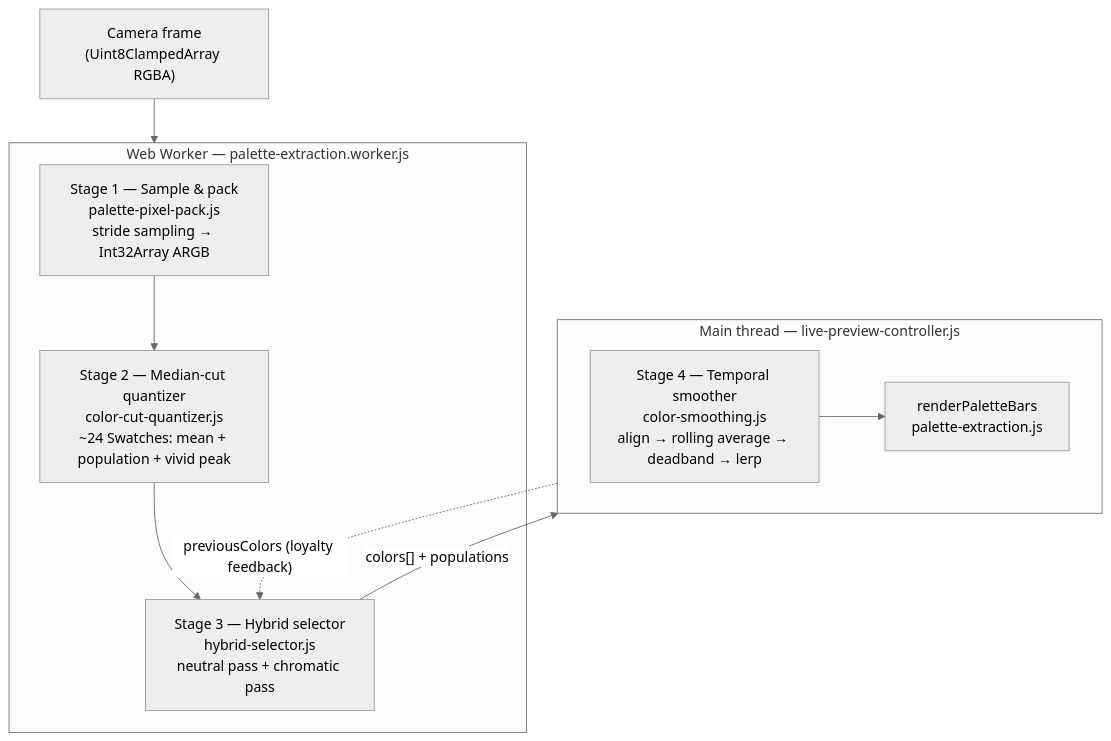
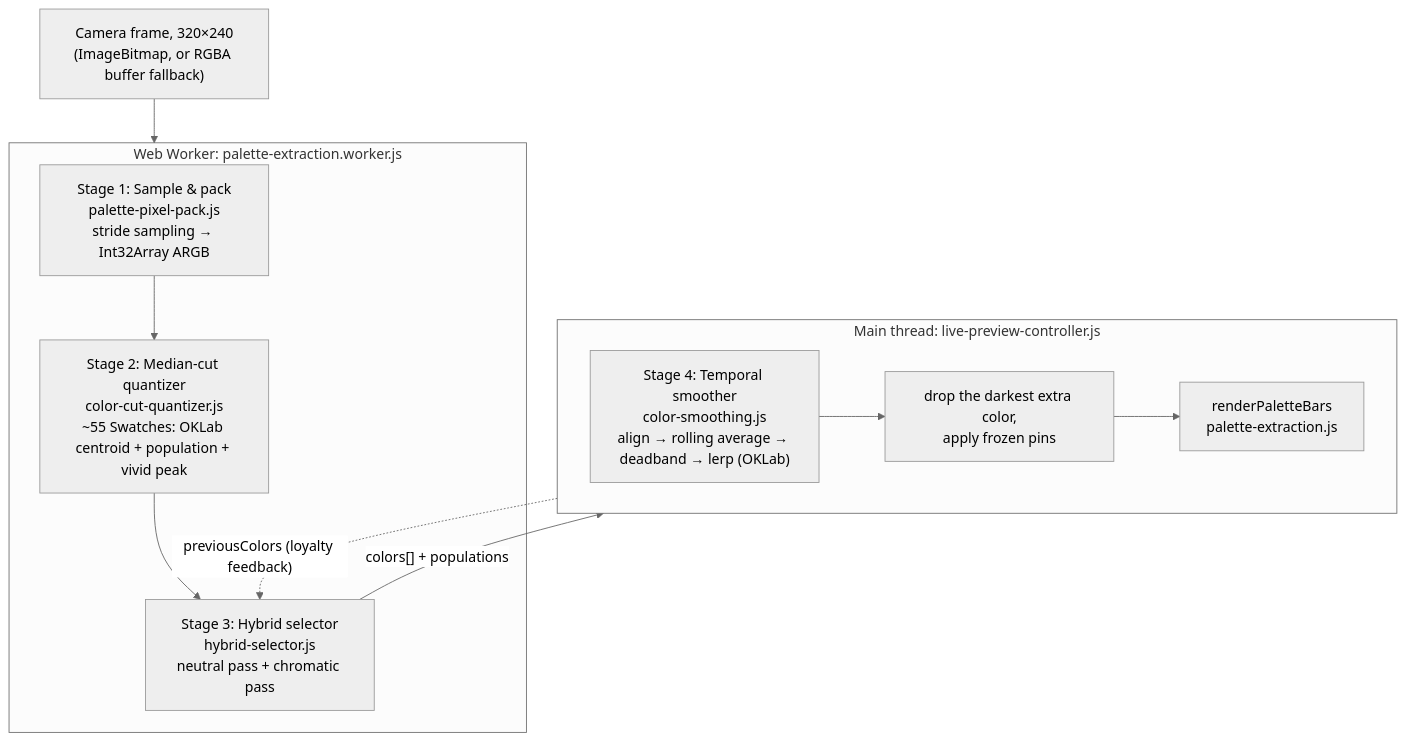
The first of 4 diagrams in docs/extraction-pipeline.md (theopaolo/paletcam), drawn with Mermaid (neutral theme) before and after one commit. The commit also changed other lines of this file and 21 other files, not shown here.

````diff
--- a/docs/extraction-pipeline.md
+++ b/docs/extraction-pipeline.md
@@ -70,21 +70,22 @@
 ```mermaid
 flowchart TD
-    CAM["Camera frame<br/>(Uint8ClampedArray RGBA)"] --> WORKER
+    CAM["Camera frame, 320×240<br/>(ImageBitmap, or RGBA buffer fallback)"] --> WORKER
 
-    subgraph WORKER["Web Worker — palette-extraction.worker.js"]
-        PACK["Stage 1 — Sample & pack<br/>palette-pixel-pack.js<br/>stride sampling → Int32Array ARGB"]
-        QUANT["Stage 2 — Median-cut quantizer<br/>color-cut-quantizer.js<br/>~24 Swatches: mean + population + vivid peak"]
-        SELECT["Stage 3 — Hybrid selector<br/>hybrid-selector.js<br/>neutral pass + chromatic pass"]
+    subgraph WORKER["Web Worker: palette-extraction.worker.js"]
+        PACK["Stage 1: Sample & pack<br/>palette-pixel-pack.js<br/>stride sampling → Int32Array ARGB"]
+        QUANT["Stage 2: Median-cut quantizer<br/>color-cut-quantizer.js<br/>~55 Swatches: OKLab centroid + population + vivid peak"]
+        SELECT["Stage 3: Hybrid selector<br/>hybrid-selector.js<br/>neutral pass + chromatic pass"]
         PACK --> QUANT --> SELECT
     end
 
     SELECT -->|"colors[] + populations"| MAIN
 
-    subgraph MAIN["Main thread — live-preview-controller.js"]
-        SMOOTH["Stage 4 — Temporal smoother<br/>color-smoothing.js<br/>align → rolling average → deadband → lerp"]
+    subgraph MAIN["Main thread: live-preview-controller.js"]
+        SMOOTH["Stage 4: Temporal smoother<br/>color-smoothing.js<br/>align → rolling average → deadband → lerp (OKLab)"]
+        DROP["drop the darkest extra color,<br/>apply frozen pins"]
         RENDER["renderPaletteBars<br/>palette-extraction.js"]
-        SMOOTH --> RENDER
+        SMOOTH --> DROP --> RENDER
     end
 
     MAIN -.->|"previousColors (loyalty feedback)"| SELECT
 ```
````
